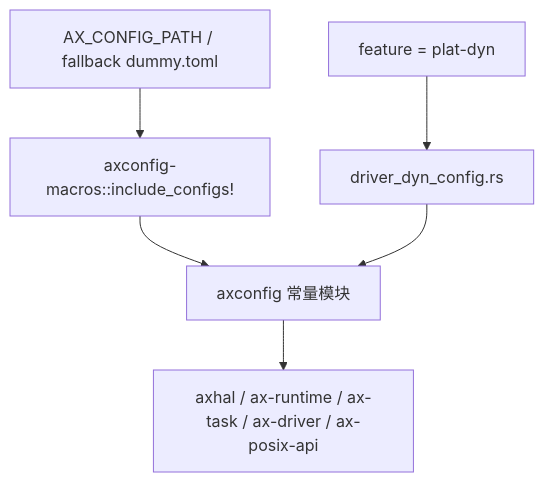
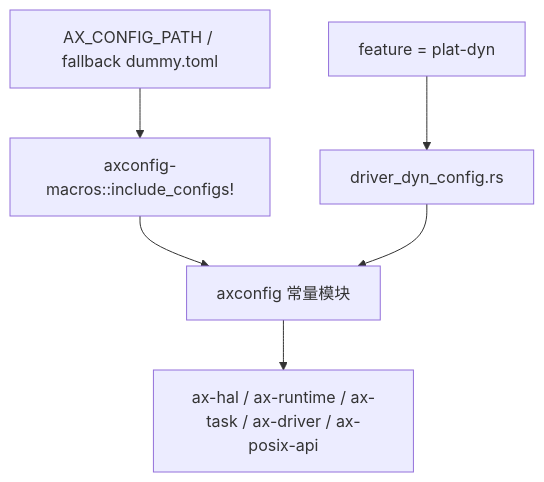
Before and after one commit to zKurisu/tgoskits: the first of 2 diagrams in docs/crates/axconfig.md, drawn with Mermaid. The commit also changed other lines of this file and 158 other files, not shown here.

Commit message:
rename axhal to ax-hal

````diff
--- a/docs/crates/axconfig.md
+++ b/docs/crates/axconfig.md
@@ -25,10 +25,10 @@
 ```mermaid
 flowchart TD
     A["AX_CONFIG_PATH / fallback dummy.toml"] --> B["axconfig-macros::include_configs!"]
     B --> C["axconfig 常量模块"]
 
     D["feature = plat-dyn"] --> E["driver_dyn_config.rs"]
     E --> C
 
-    C --> F["axhal / ax-runtime / ax-task / ax-driver / ax-posix-api"]
+    C --> F["ax-hal / ax-runtime / ax-task / ax-driver / ax-posix-api"]
 ```
````
